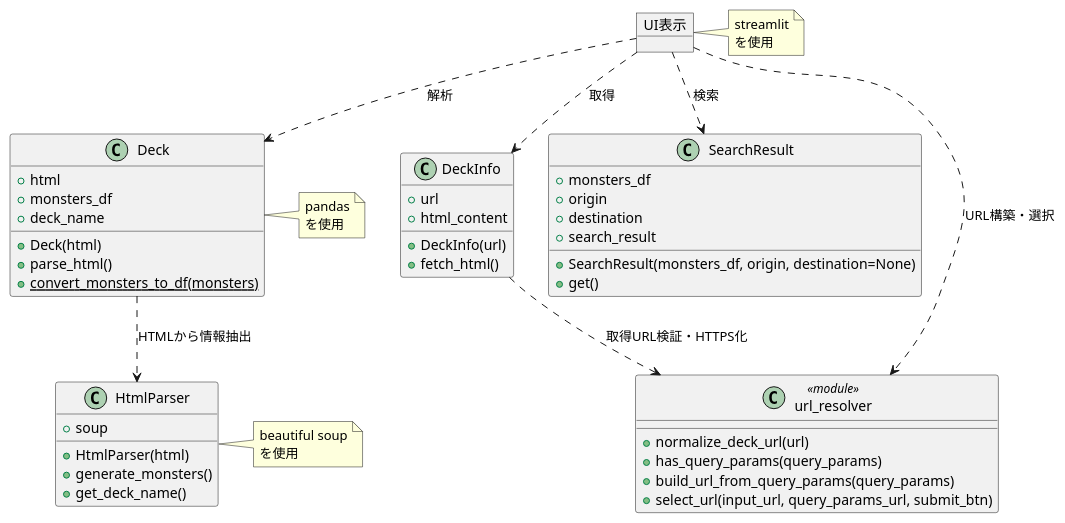
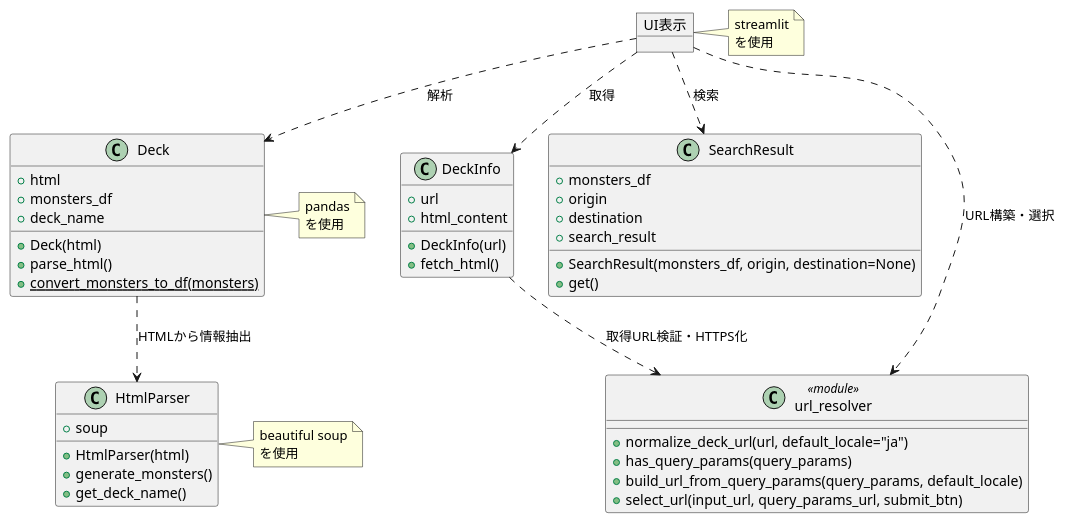
The fifth of 6 diagrams in docs/ygo-small-world-transit.md (ikishichi/ygo-small-world-transit), drawn with PlantUML before and after one commit. The commit also changed other lines of this file and 15 other files, not shown here.

````diff
--- a/docs/ygo-small-world-transit.md
+++ b/docs/ygo-small-world-transit.md
@@ -196,57 +206,57 @@
 ```plantuml
 @startuml
 object "UI表示" as ui
 note right
 streamlit
 を使用
 endnote
 class DeckInfo{
     + url
     + html_content
     + DeckInfo(url)
     + fetch_html()
 }
 class SearchResult {
     + monsters_df
     + origin
     + destination
     + search_result
     + SearchResult(monsters_df, origin, destination=None)
     + get()
 }
 class Deck{
     + html
     + monsters_df
     + deck_name
     + Deck(html)
     + parse_html()
     {static} + convert_monsters_to_df(monsters)
 }
 note right
 pandas
 を使用
 endnote
 class HtmlParser{
     + soup
     + HtmlParser(html)
     + generate_monsters()
     + get_deck_name()
 }
 note right
 beautiful soup
 を使用
 endnote
 class url_resolver <<module>> {
-    + normalize_deck_url(url)
+    + normalize_deck_url(url, default_locale="ja")
     + has_query_params(query_params)
-    + build_url_from_query_params(query_params)
+    + build_url_from_query_params(query_params, default_locale)
     + select_url(input_url, query_params_url, submit_btn)
 }
 ui ..> DeckInfo : 取得
 ui ..> SearchResult : 検索
 ui ..> Deck : 解析
 ui ..> url_resolver : URL構築・選択
 DeckInfo ..> url_resolver : 取得URL検証・HTTPS化
 Deck ..> HtmlParser : HTMLから情報抽出
 @enduml
 ```
````
